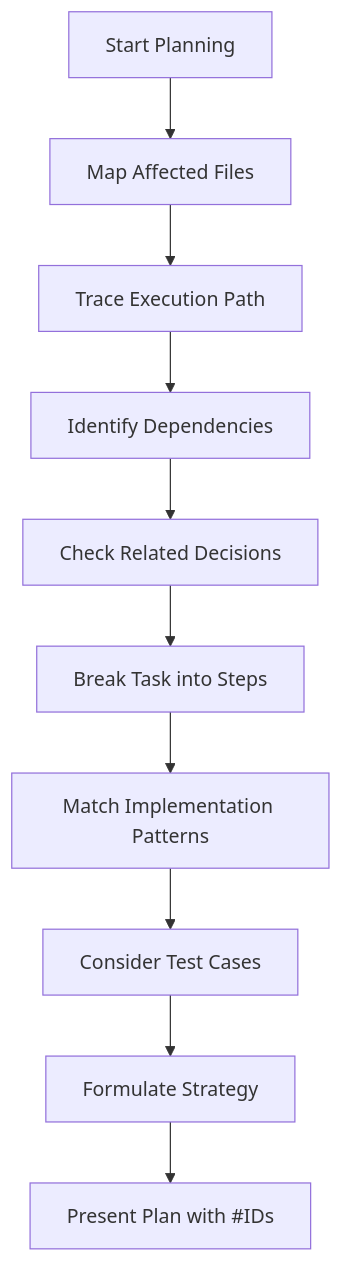
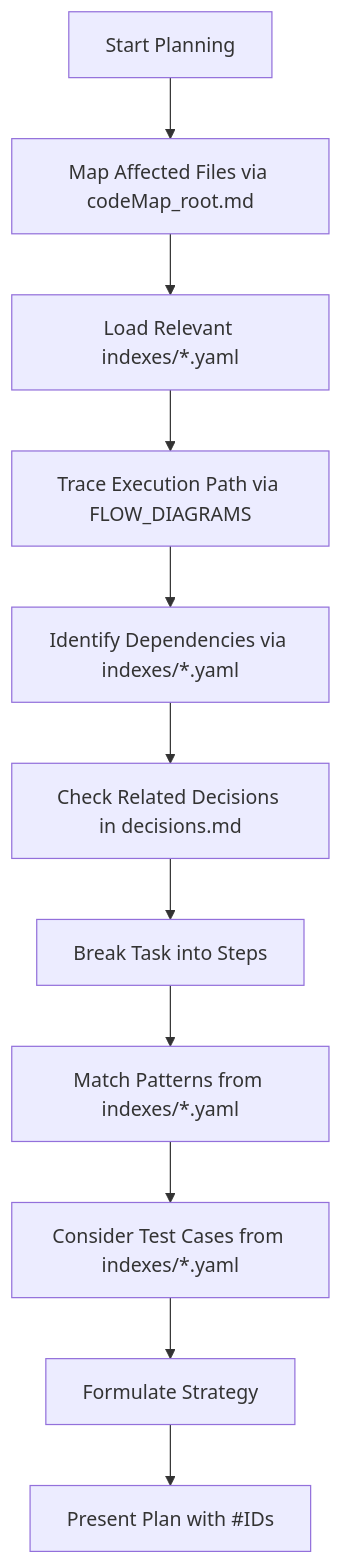
The third of 7 diagrams in Prompts/Cursor/memory-bank-with-filetree-prompt.md (freezscholte/AI-Codex), drawn with Mermaid before and after one commit. The commit also changed other lines of this file, not shown here.

````diff
--- a/Prompts/Cursor/memory-bank-with-filetree-prompt.md
+++ b/Prompts/Cursor/memory-bank-with-filetree-prompt.md
@@ -249,12 +259,13 @@
 ```mermaid
 flowchart TD
-    Start[Start Planning] --> MapStructure[Map Affected Files]
-    MapStructure --> TraceFlow[Trace Execution Path]
-    TraceFlow --> IdentifyDeps[Identify Dependencies]
-    IdentifyDeps --> CheckDecisions[Check Related Decisions]
+    Start[Start Planning] --> MapStructure[Map Affected Files via codeMap_root.md]
+    MapStructure --> LoadIndexes[Load Relevant indexes/*.yaml]
+    LoadIndexes --> TraceFlow[Trace Execution Path via FLOW_DIAGRAMS]
+    TraceFlow --> IdentifyDeps[Identify Dependencies via indexes/*.yaml]
+    IdentifyDeps --> CheckDecisions[Check Related Decisions in decisions.md]
     CheckDecisions --> BreakTask[Break Task into Steps]
-    BreakTask --> MatchPatterns[Match Implementation Patterns]
-    MatchPatterns --> ConsiderTests[Consider Test Cases]
+    BreakTask --> MatchPatterns[Match Patterns from indexes/*.yaml]
+    MatchPatterns --> ConsiderTests[Consider Test Cases from indexes/*.yaml]
     ConsiderTests --> FormStrategy[Formulate Strategy]
     FormStrategy --> Present[Present Plan with #IDs]
 ```
````
